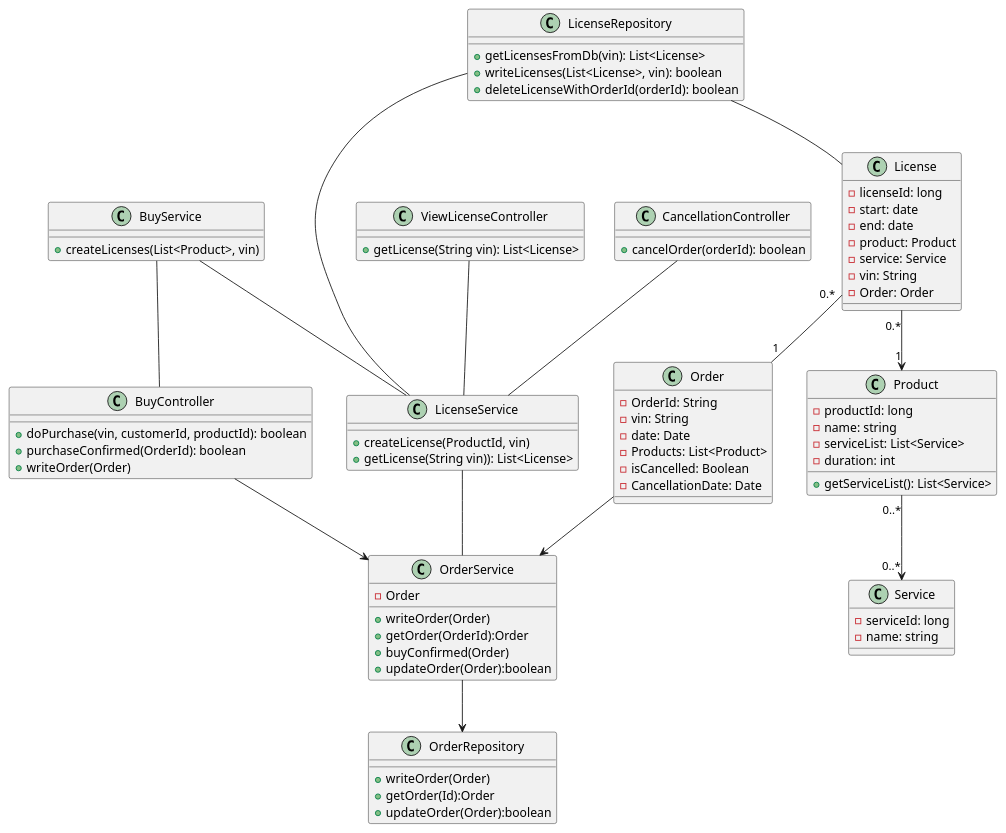
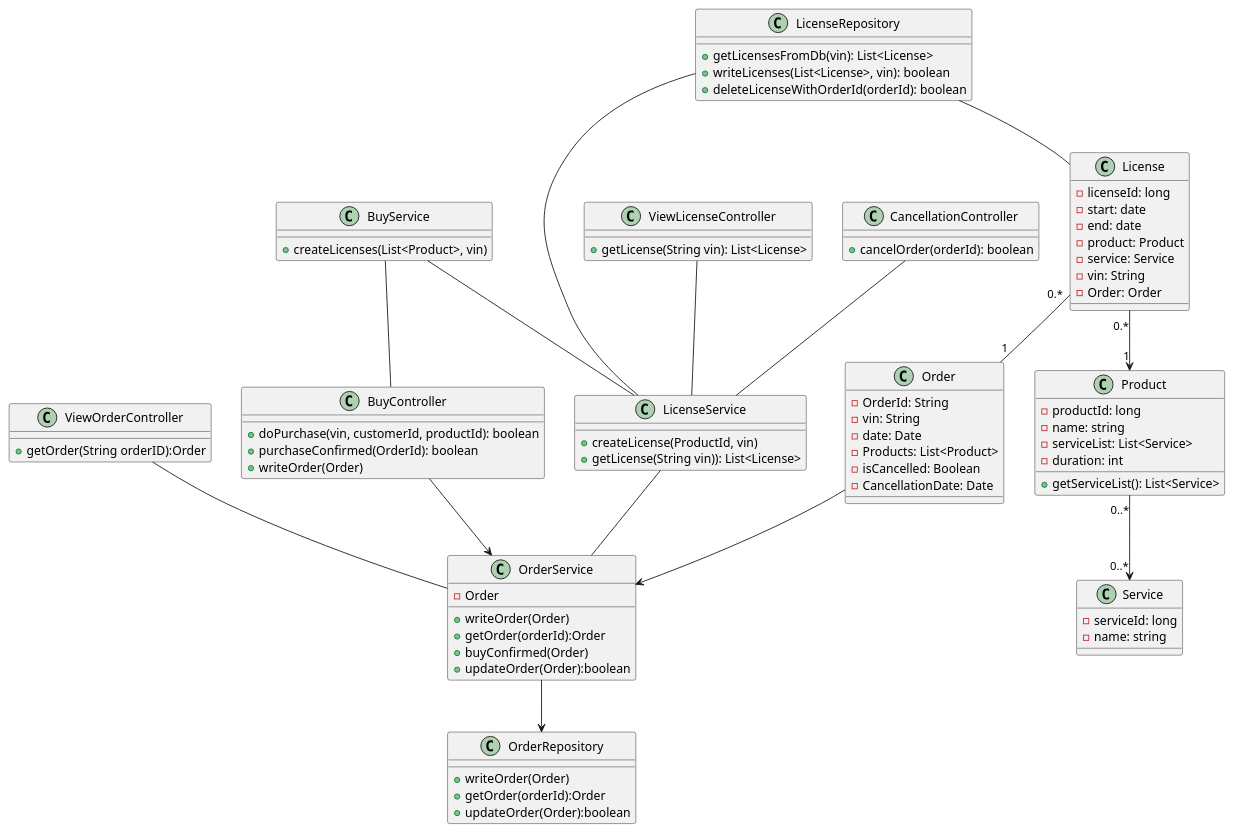
One commit to ljbg1996/car-backend changed the diagram in Phase_1/2.0 class.puml. Above: the diagram before and after it, drawn with PlantUML. The commit also changed 1 other file, not shown here.

```diff
--- a/Phase_1/2.0 class.puml
+++ b/Phase_1/2.0 class.puml
@@ -1,102 +1,106 @@
 @startuml
 
 class Product {
     - productId: long
     - name: string
     - serviceList: List<Service>
     - duration: int
     + getServiceList(): List<Service>
 
 }
 
 class Service {
     - serviceId: long
     - name: string
 
 }
 
 
 class License {
     - licenseId: long
     - start: date
     - end: date
     - product: Product
     - service: Service
     - vin: String
     - Order: Order
 }
 
 class LicenseRepository{
 
     +getLicensesFromDb(vin): List<License>
     +writeLicenses(List<License>, vin): boolean
     +deleteLicenseWithOrderId(orderId): boolean
 
 }
 
 class ViewLicenseController {
     + getLicense(String vin): List<License>
 }
 
+class ViewOrderController{
+    +getOrder(String orderID):Order
+}
+ViewOrderController--OrderService
 class BuyController {
 
     + doPurchase(vin, customerId, productId): boolean
     + purchaseConfirmed(OrderId): boolean
     + writeOrder(Order)
 }
 class CancellationController{
 + cancelOrder(orderId): boolean
 }
 CancellationController -- LicenseService
 LicenseService--OrderService
 
 
 class OrderRepository{
 +writeOrder(Order)
-+getOrder(Id):Order
++getOrder(orderId):Order
 +updateOrder(Order):boolean
 }
 
 class Order{
 -OrderId: String
 -vin: String
 -date: Date
 -Products: List<Product>
 - isCancelled: Boolean
 - CancellationDate: Date
 }
 
 class OrderService{
     -Order
     +writeOrder(Order)
-    +getOrder(OrderId):Order
+    +getOrder(orderId):Order
     +buyConfirmed(Order)
     +updateOrder(Order):boolean
 }
 
 class LicenseService{
 
     + createLicense(ProductId, vin)
     + getLicense(String vin)): List<License>
 
 }
 
 class BuyService {
 
     +createLicenses(List<Product>, vin)
 }
 
 LicenseRepository-- License
 LicenseRepository -- LicenseService
 BuyService -- LicenseService
 ViewLicenseController -- LicenseService
 BuyController --> OrderService
 
 BuyService -- BuyController
 License "0.*" --"1"  Order
 
 License "0.*" --> "1"Product
 Product "0..*" --> "0..*" Service
 OrderService --> OrderRepository
 Order --> OrderService
 @enduml
```
